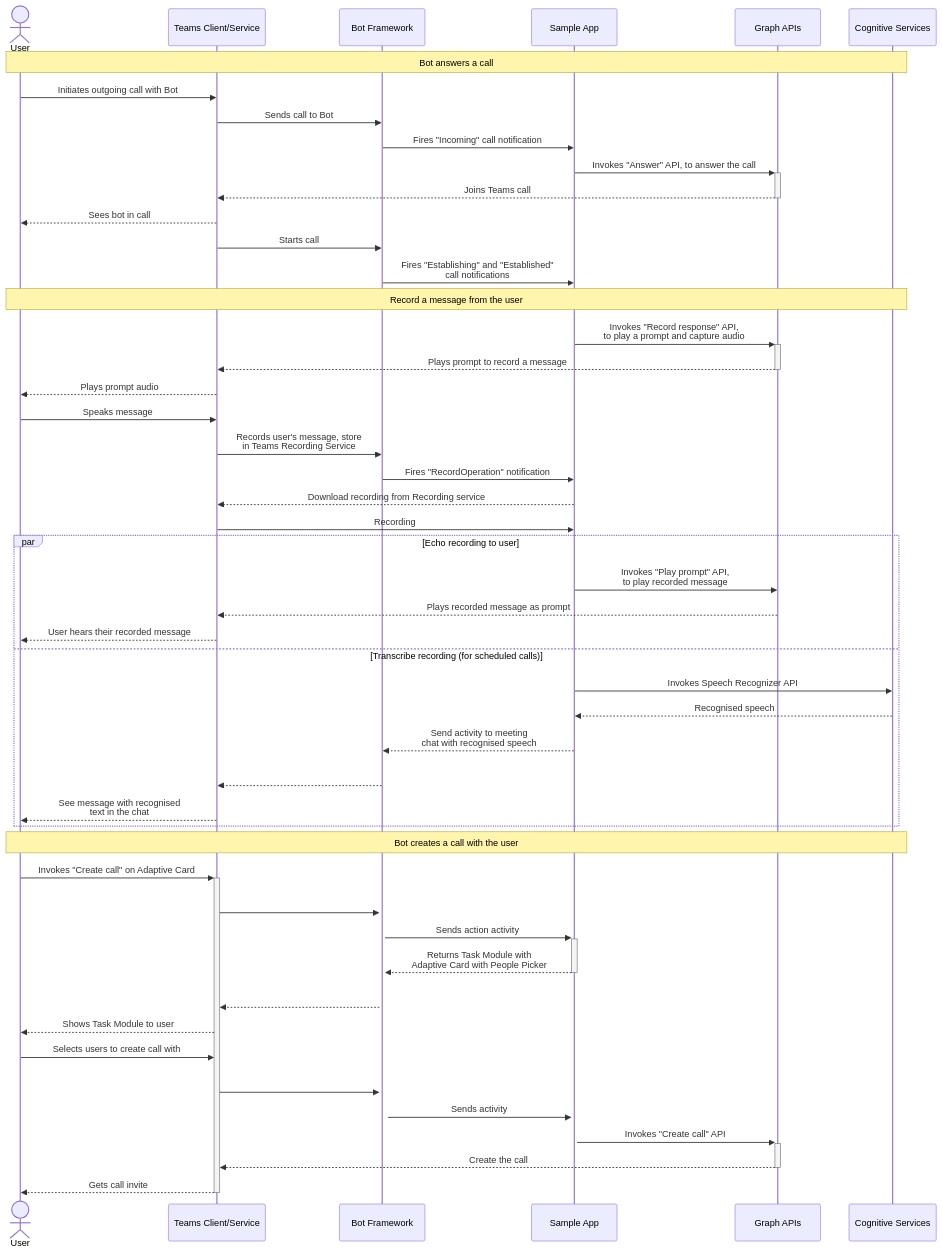
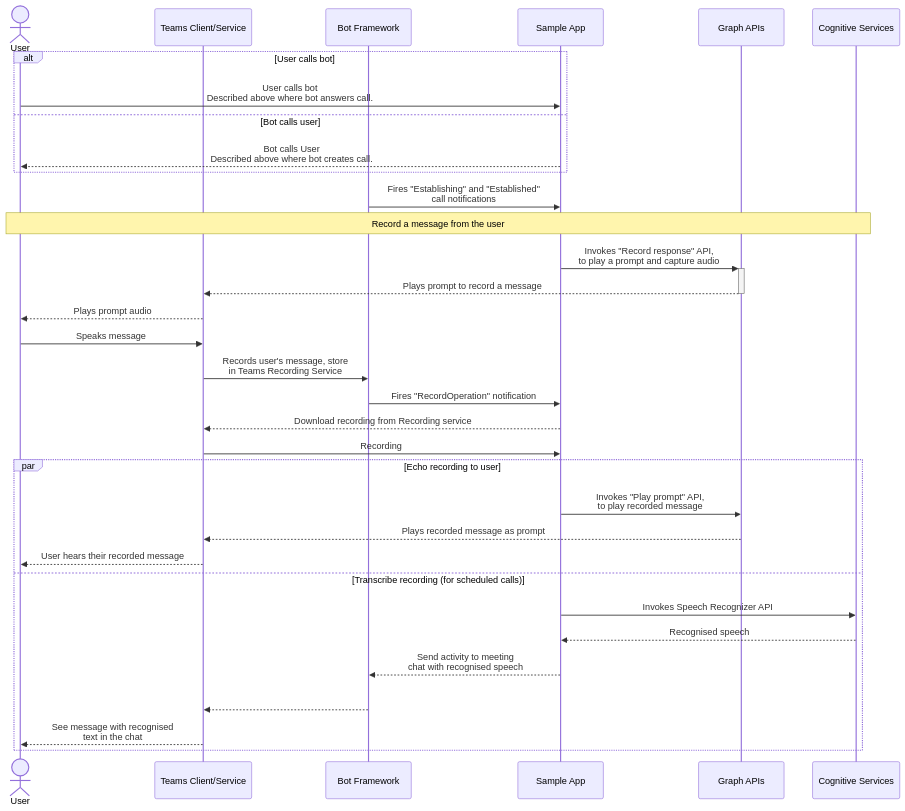
One commit to OfficeDev/Microsoft-Teams-Samples changed the third of 3 diagrams in samples/bot-calling-meeting/csharp/docs/design-doc.md. Above: the diagram before and after it, drawn with Mermaid. The commit also changed other lines of this file and 2 other files, not shown here.

Commit message:
Update Design Doc. Add on-install message. Use Activity for transfer code

````diff
--- a/samples/bot-calling-meeting/csharp/docs/design-doc.md
+++ b/samples/bot-calling-meeting/csharp/docs/design-doc.md
@@ -98,55 +85,38 @@
 ```mermaid
 sequenceDiagram
     actor User
     participant Teams as Teams Client/Service
     participant BotFramework as Bot Framework
     participant App as Sample App
     participant Graph as Graph APIs
     participant Cognitive as Cognitive Services
 
-    Note over User,Cognitive: Bot answers a call
-    User->>Teams: Initiates outgoing call with Bot
-    Teams->>BotFramework: Sends call to Bot
-    BotFramework->>App: Fires "Incoming" call notification
-    App->>+Graph: Invokes "Answer" API, to answer the call
-    Graph-->>-Teams: Joins Teams call
-    Teams-->>User: Sees bot in call
-    Teams->>BotFramework: Starts call
+    alt User calls bot
+        User->>App: User calls bot<br>Described above where bot answers call.
+    else Bot calls user
+        App-->>User: Bot calls User<br>Described above where bot creates call.
+    end
     BotFramework->>App: Fires "Establishing" and "Established" <br>call notifications
 
-    Note over User,Cognitive: Record a message from the user
+    Note over User,Cognitive: Record a message from the user 
     App->>+Graph: Invokes "Record response" API, <br>to play a prompt and capture audio
     Graph-->>-Teams: Plays prompt to record a message
     Teams-->>User: Plays prompt audio
     User->>Teams: Speaks message
     Teams->>BotFramework: Records user's message, store <br>in Teams Recording Service
     BotFramework->>App: Fires "RecordOperation" notification
     App-->>Teams: Download recording from Recording service
     Teams->>App: Recording
 
     par Echo recording to user
         App->>Graph: Invokes "Play prompt" API, <br>to play recorded message
         Graph-->>Teams: Plays recorded message as prompt
         Teams-->>User: User hears their recorded message
     and Transcribe recording (for scheduled calls)
         App->>Cognitive: Invokes Speech Recognizer API
         Cognitive-->>App: Recognised speech
         App-->>BotFramework: Send activity to meeting<br>chat with recognised speech
         BotFramework-->>Teams: <br>
         Teams-->>User: See message with recognised <br>text in the chat
     end
-
-    Note over User,Cognitive: Bot creates a call with the user
-    User->>+Teams: Invokes "Create call" on Adaptive Card
-    Teams->>+BotFramework: <br>
-    BotFramework->>+App: Sends action activity
-    App-->>-BotFramework: Returns Task Module with<br>Adaptive Card with People Picker
-    BotFramework-->>Teams: <br>
-    Teams-->>User: Shows Task Module to user
-    User->>Teams: Selects users to create call with
-    Teams->>+BotFramework: <br>
-    BotFramework->>+App: Sends activity
-    App->>+Graph: Invokes "Create call" API
-    Graph-->>-Teams: Create the call
-    Teams-->>-User: Gets call invite
 ```
````
